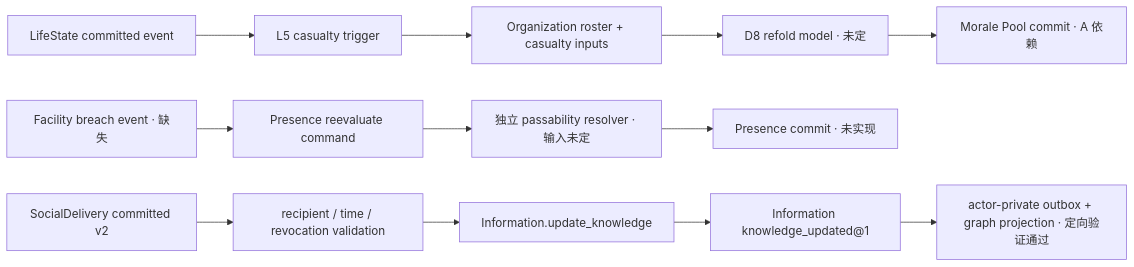
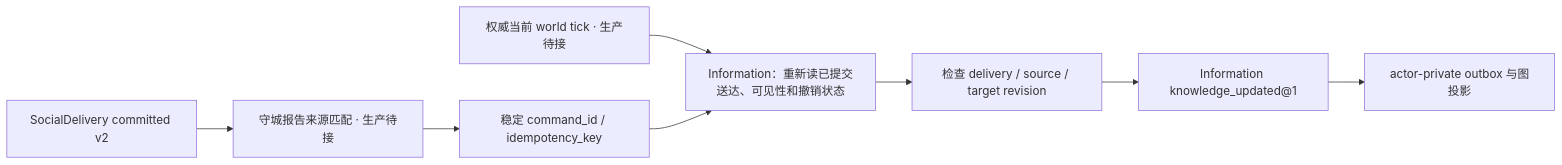
Before and after one commit to Dancing-coin/Paralls-phase0-1: the third of 3 diagrams in docs/verification/siege-three-paths-20261123/design.md, drawn with Mermaid. The commit also changed other lines of this file and 5 other files, not shown here.

```diff
--- a/docs/verification/siege-three-paths-20261123/design.md
+++ b/docs/verification/siege-three-paths-20261123/design.md
@@ -54,14 +48,10 @@
 ~~~mermaid
 flowchart LR
-    D["LifeState committed event"] --> R["L5 casualty trigger"]
-    R --> G["Organization roster + casualty inputs"]
-    G --> C["D8 refold model · 未定"]
-    C --> PM["Morale Pool commit · A 依赖"]
-    B["Facility breach event · 缺失"] --> RP["Presence reevaluate command"]
-    RP --> E["独立 passability resolver · 输入未定"]
-    E --> PP["Presence commit · 未实现"]
-    SD["SocialDelivery committed v2"] --> V["recipient / time / revocation validation"]
-    V --> IU["Information.update_knowledge"]
-    IU --> IE["Information knowledge_updated@1"]
-    IE --> PV["actor-private outbox + graph projection · 定向验证通过"]
+    SD["SocialDelivery committed v2"] --> R["守城报告来源匹配 · 生产待接"]
+    R --> C["稳定 command_id / idempotency_key"]
+    T["权威当前 world tick · 生产待接"] --> V
+    C --> V["Information：重新读已提交送达、可见性和撤销状态"]
+    V --> CAS["检查 delivery / source / target revision"]
+    CAS --> IE["Information knowledge_updated@1"]
+    IE --> PV["actor-private outbox 与图投影"]
 ~~~
```
